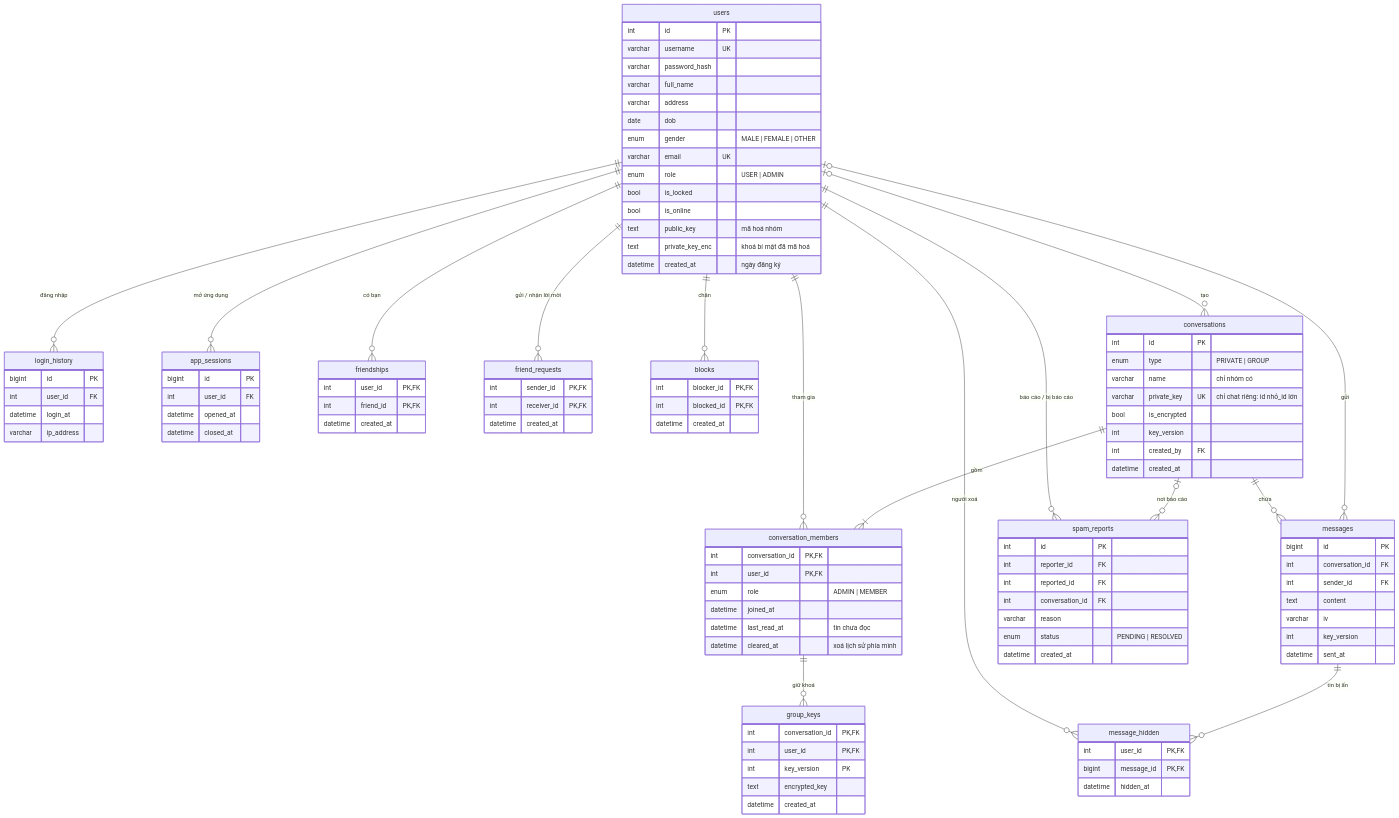
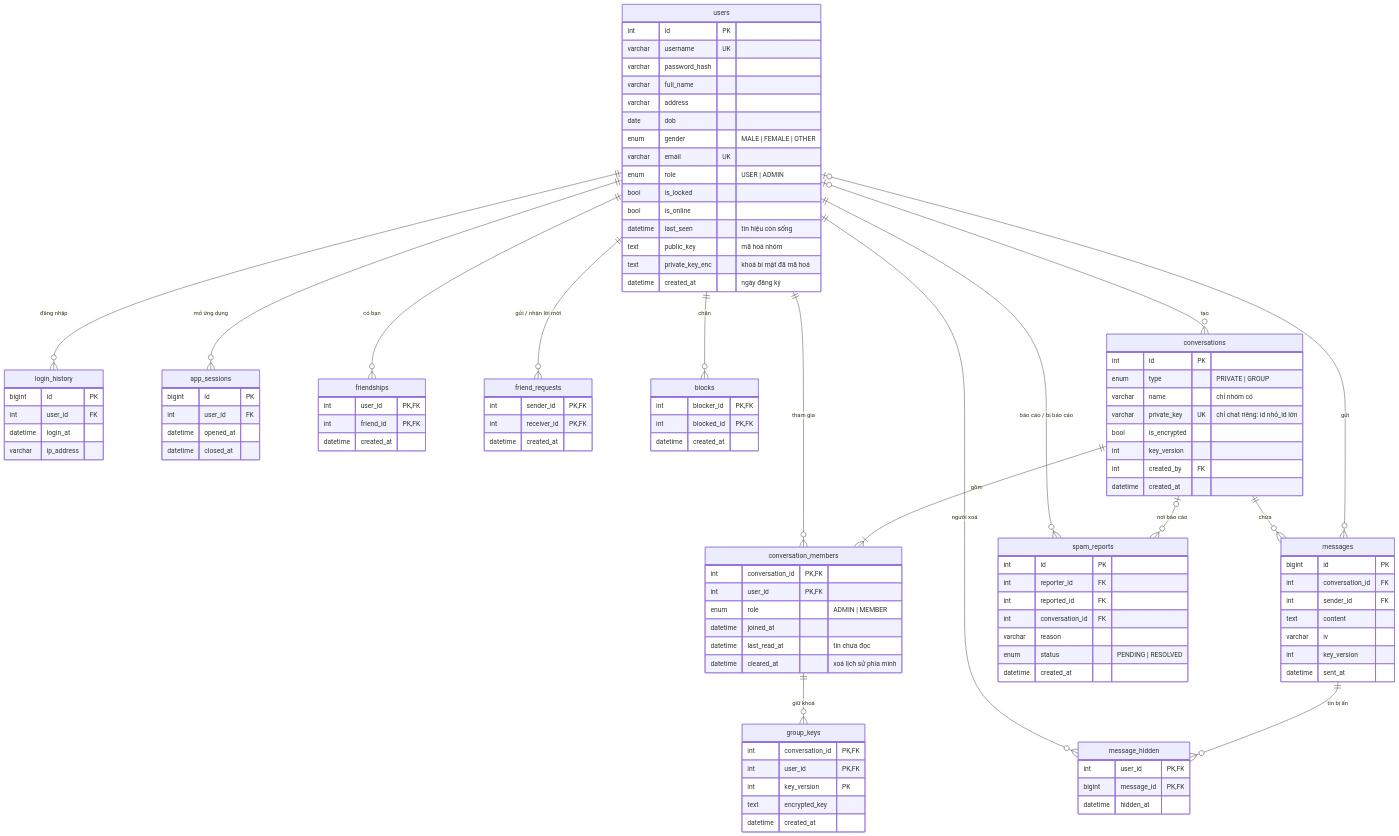
The diagram in docs/erd/erd.mmd (TranTai35/chat-system), drawn with Mermaid before and after one commit. The commit also changed 3 other files, not shown here.

Commit message:
Cập nhật ERD: thêm cột last_seen và mục giải thích cách tính online

```diff
--- a/docs/erd/erd.mmd
+++ b/docs/erd/erd.mmd
@@ -1,108 +1,109 @@
 erDiagram
     users {
         int id PK
         varchar username UK
         varchar password_hash
         varchar full_name
         varchar address
         date dob
         enum gender "MALE | FEMALE | OTHER"
         varchar email UK
         enum role "USER | ADMIN"
         bool is_locked
         bool is_online
+        datetime last_seen "tín hiệu còn sống"
         text public_key "mã hoá nhóm"
         text private_key_enc "khoá bí mật đã mã hoá"
         datetime created_at "ngày đăng ký"
     }
     login_history {
         bigint id PK
         int user_id FK
         datetime login_at
         varchar ip_address
     }
     app_sessions {
         bigint id PK
         int user_id FK
         datetime opened_at
         datetime closed_at
     }
     friendships {
         int user_id PK, FK
         int friend_id PK, FK
         datetime created_at
     }
     friend_requests {
         int sender_id PK, FK
         int receiver_id PK, FK
         datetime created_at
     }
     blocks {
         int blocker_id PK, FK
         int blocked_id PK, FK
         datetime created_at
     }
     conversations {
         int id PK
         enum type "PRIVATE | GROUP"
         varchar name "chỉ nhóm có"
         varchar private_key UK "chỉ chat riêng: id nhỏ_id lớn"
         bool is_encrypted
         int key_version
         int created_by FK
         datetime created_at
     }
     conversation_members {
         int conversation_id PK, FK
         int user_id PK, FK
         enum role "ADMIN | MEMBER"
         datetime joined_at
         datetime last_read_at "tin chưa đọc"
         datetime cleared_at "xoá lịch sử phía mình"
     }
     messages {
         bigint id PK
         int conversation_id FK
         int sender_id FK
         text content
         varchar iv
         int key_version
         datetime sent_at
     }
     message_hidden {
         int user_id PK, FK
         bigint message_id PK, FK
         datetime hidden_at
     }
     spam_reports {
         int id PK
         int reporter_id FK
         int reported_id FK
         int conversation_id FK
         varchar reason
         enum status "PENDING | RESOLVED"
         datetime created_at
     }
     group_keys {
         int conversation_id PK, FK
         int user_id PK, FK
         int key_version PK
         text encrypted_key
         datetime created_at
     }
 
     users ||--o{ login_history : "đăng nhập"
     users ||--o{ app_sessions : "mở ứng dụng"
     users ||--o{ friendships : "có bạn"
     users ||--o{ friend_requests : "gửi / nhận lời mời"
     users ||--o{ blocks : "chặn"
     users ||--o{ conversation_members : "tham gia"
     conversations ||--|{ conversation_members : "gồm"
     users |o--o{ conversations : "tạo"
     conversations ||--o{ messages : "chứa"
     users |o--o{ messages : "gửi"
     users ||--o{ message_hidden : "người xoá"
     messages ||--o{ message_hidden : "tin bị ẩn"
     users ||--o{ spam_reports : "báo cáo / bị báo cáo"
     conversations |o--o{ spam_reports : "nơi báo cáo"
     conversation_members ||--o{ group_keys : "giữ khoá"
```
